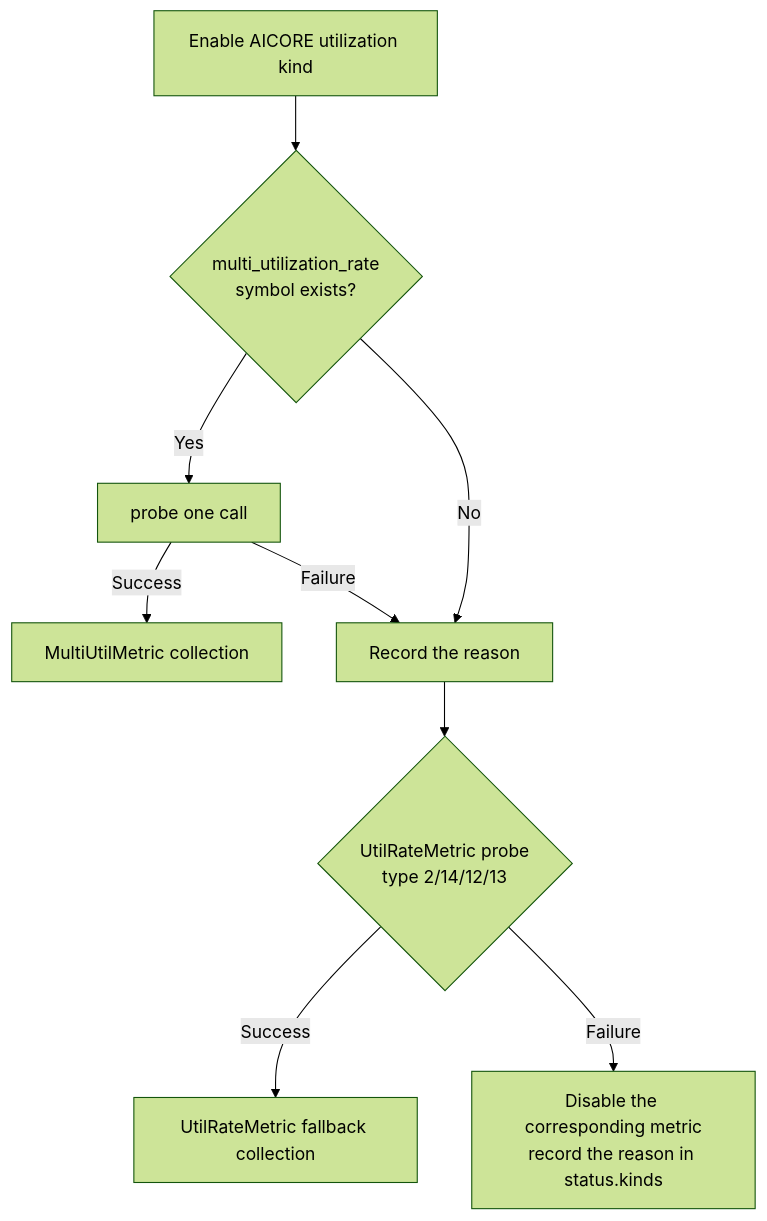
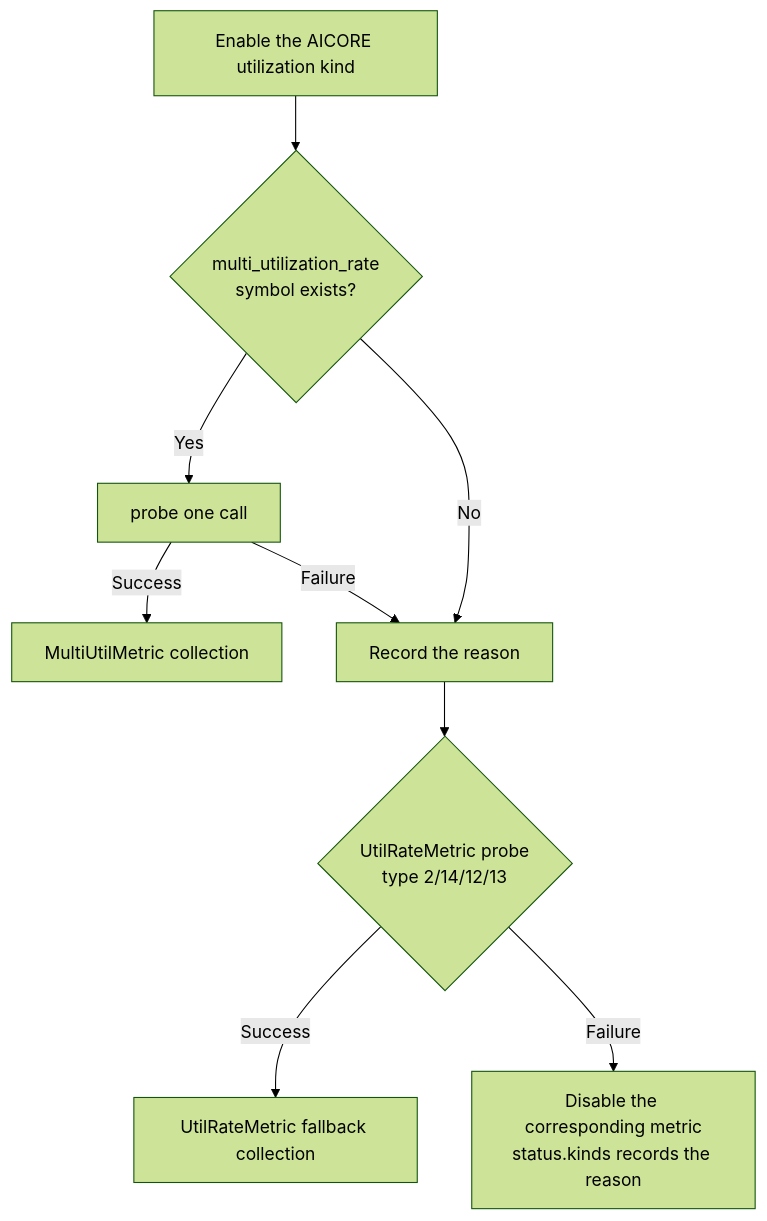
The fifth of 6 diagrams in docs/en/design/dcmi_chrome_trace_plan.md (Ascend/msmonitor), drawn with Mermaid (forest theme) before and after one commit. The commit also changed other lines of this file and 19 other files, not shown here.

````diff
--- a/docs/en/design/dcmi_chrome_trace_plan.md
+++ b/docs/en/design/dcmi_chrome_trace_plan.md
@@ -378,11 +378,11 @@
 ```mermaid
 flowchart TD
-    A[Enable AICORE utilization kind] --> B{multi_utilization_rate<br/>symbol exists?}
+    A[Enable the AICORE utilization kind] --> B{multi_utilization_rate<br/>symbol exists?}
     B -- Yes --> C[probe one call]
     C -- Success --> D[MultiUtilMetric collection]
     C -- Failure --> E[Record the reason]
     B -- No --> E
     E --> F{UtilRateMetric probe<br/>type 2/14/12/13}
     F -- Success --> G[UtilRateMetric fallback collection]
-    F -- Failure --> H[Disable the corresponding metric<br/>record the reason in status.kinds]
+    F -- Failure --> H[Disable the corresponding metric<br/>status.kinds records the reason]
 ```
````
